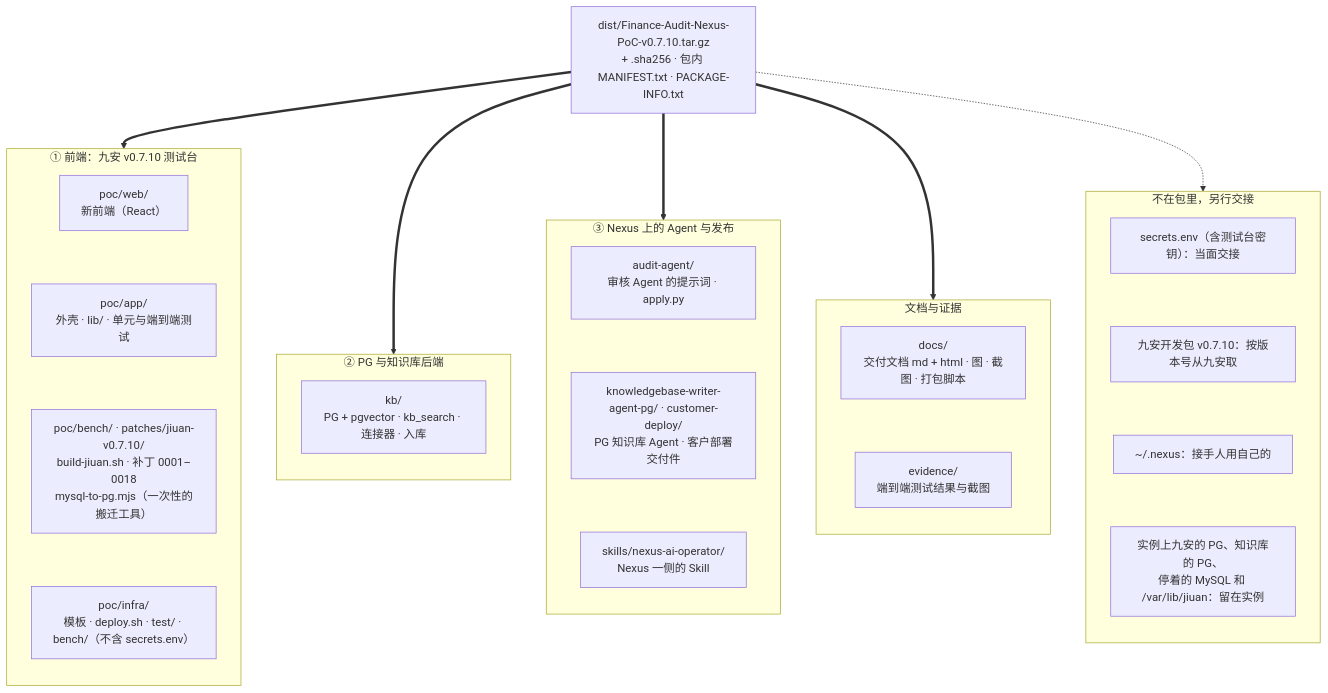
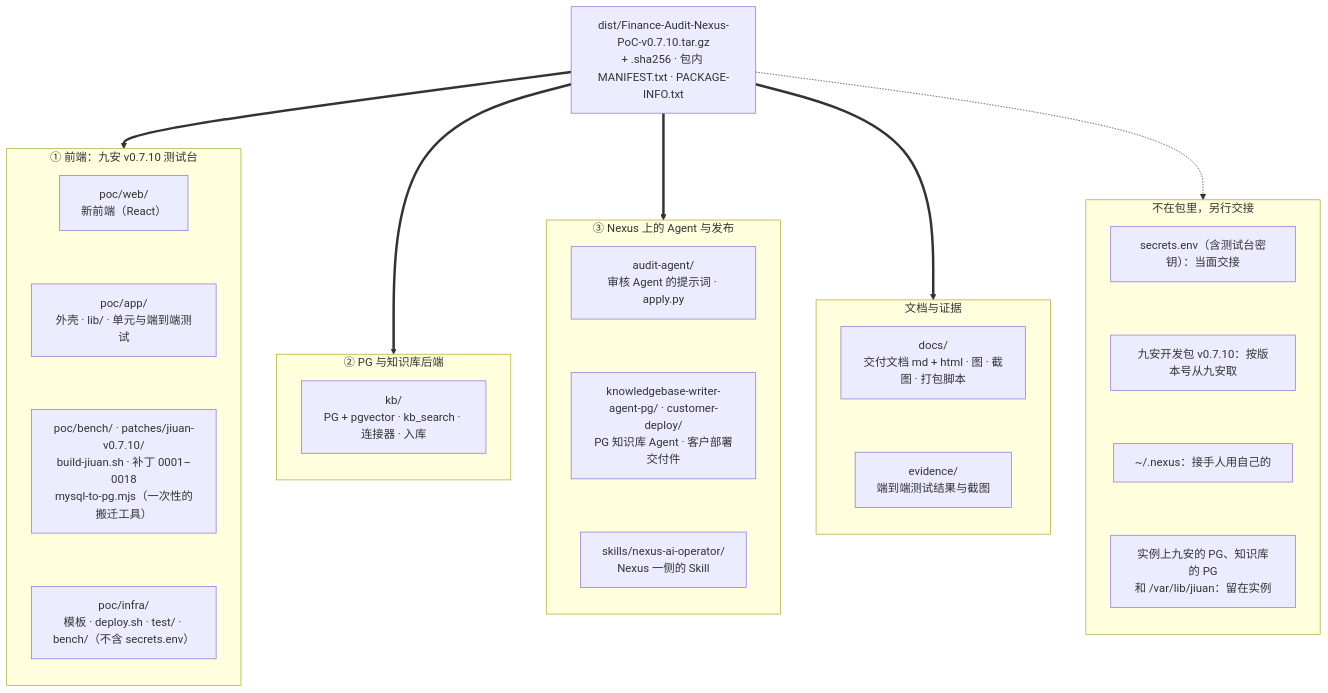
Before and after one commit to LiboMa/nexus-jiuan-agent-framework-poc: the diagram in docs/assets/diagrams/package-contents.mmd, drawn with Mermaid. The commit also changed 21 other files, not shown here.

```diff
--- a/docs/assets/diagrams/package-contents.mmd
+++ b/docs/assets/diagrams/package-contents.mmd
@@ -1,43 +1,43 @@
 flowchart TB
   pkg["dist/Finance-Audit-Nexus-PoC-v0.7.10.tar.gz<br/>+ .sha256 · 包内 MANIFEST.txt · PACKAGE-INFO.txt"]
   subgraph front["① 前端：九安 v0.7.10 测试台"]
     direction TB
     web["poc/web/<br/>新前端（React）"]
     app["poc/app/<br/>外壳 · lib/ · 单元与端到端测试"]
     bench["poc/bench/ · patches/jiuan-v0.7.10/<br/>build-jiuan.sh · 补丁 0001–0018<br/>mysql-to-pg.mjs（一次性的搬迁工具）"]
     infra["poc/infra/<br/>模板 · deploy.sh · test/ · bench/（不含 secrets.env）"]
   end
   subgraph back["② PG 与知识库后端"]
     direction TB
     kb["kb/<br/>PG + pgvector · kb_search · 连接器 · 入库"]
   end
   subgraph agents["③ Nexus 上的 Agent 与发布"]
     direction TB
     aa["audit-agent/<br/>审核 Agent 的提示词 · apply.py"]
     pga["knowledgebase-writer-agent-pg/ · customer-deploy/<br/>PG 知识库 Agent · 客户部署交付件"]
     op["skills/nexus-ai-operator/<br/>Nexus 一侧的 Skill"]
   end
   subgraph docsg["文档与证据"]
     direction TB
     delivery["docs/<br/>交付文档 md + html · 图 · 截图 · 打包脚本"]
     ev["evidence/<br/>端到端测试结果与截图"]
   end
   subgraph outg["不在包里，另行交接"]
     direction TB
     o1["secrets.env（含测试台密钥）：当面交接"]
     o2["九安开发包 v0.7.10：按版本号从九安取"]
     o3["~/.nexus：接手人用自己的"]
-    o4["实例上九安的 PG、知识库的 PG、<br/>停着的 MySQL 和 /var/lib/jiuan：留在实例"]
+    o4["实例上九安的 PG、知识库的 PG<br/>和 /var/lib/jiuan：留在实例"]
   end
   pkg ==> front
   pkg ==> back
   pkg ==> agents
   pkg ==> docsg
   pkg -.-> outg
   web ~~~ app ~~~ bench ~~~ infra
   aa ~~~ pga ~~~ op
   delivery ~~~ ev
   o1 ~~~ o2 ~~~ o3 ~~~ o4
   class pkg nexus
   class web,app,bench,infra,kb,aa,pga,op,delivery,ev poc
   class o1,o2,o3,o4 risk
```
